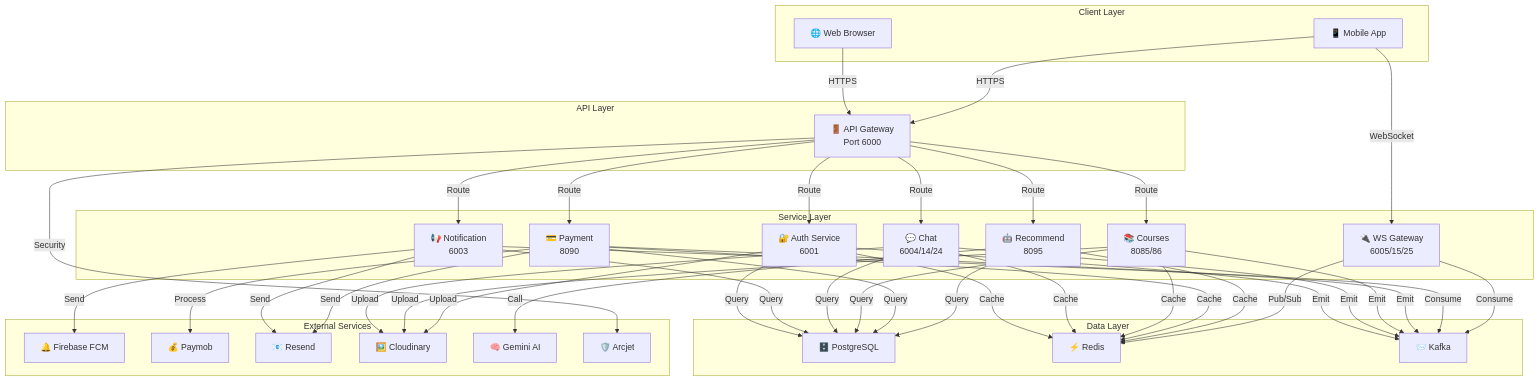
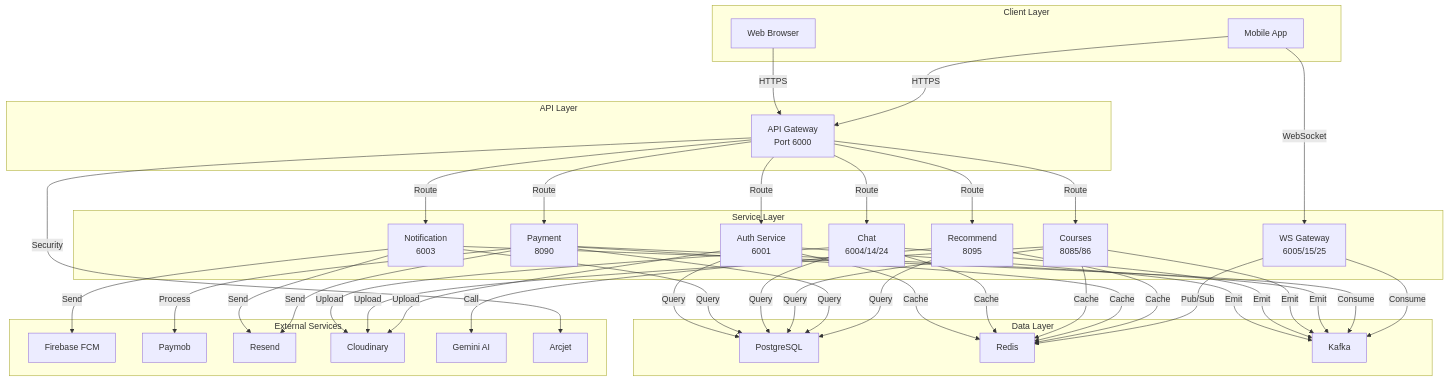
Before and after one commit to OmarrGhorab/Graduation: the tenth of 10 diagrams in MERMAID_DIAGRAMS.md, drawn with Mermaid. The commit also changed other lines of this file and 8 other files, not shown here.

Commit message:
feat: implement payment service cart and subscription systems with background billing and full Docker deployment documentation

````diff
--- a/MERMAID_DIAGRAMS.md
+++ b/MERMAID_DIAGRAMS.md
@@ -395,37 +429,37 @@
 ```mermaid
 graph TB
     subgraph "Client Layer"
-        Web["🌐 Web Browser"]
-        Mobile["📱 Mobile App"]
+        Web["Web Browser"]
+        Mobile["Mobile App"]
     end
     
     subgraph "API Layer"
-        Gateway["🚪 API Gateway<br/>Port 6000"]
+        Gateway["API Gateway<br/>Port 6000"]
     end
     
     subgraph "Service Layer"
-        Auth["🔐 Auth Service<br/>6001"]
-        Notif["📢 Notification<br/>6003"]
-        Chat["💬 Chat<br/>6004/14/24"]
-        WS["🔌 WS Gateway<br/>6005/15/25"]
-        Courses["📚 Courses<br/>8085/86"]
-        Payment["💳 Payment<br/>8090"]
-        Recommend["🤖 Recommend<br/>8095"]
+        Auth["Auth Service<br/>6001"]
+        Notif["Notification<br/>6003"]
+        Chat["Chat<br/>6004/14/24"]
+        WS["WS Gateway<br/>6005/15/25"]
+        Courses["Courses<br/>8085/86"]
+        Payment["Payment<br/>8090"]
+        Recommend["Recommend<br/>8095"]
     end
     
     subgraph "Data Layer"
-        DB["🗄️ PostgreSQL"]
-        Redis["⚡ Redis"]
-        Kafka["📨 Kafka"]
+        DB["PostgreSQL"]
+        Redis["Redis"]
+        Kafka["Kafka"]
     end
     
     subgraph "External Services"
-        FCM["🔔 Firebase FCM"]
-        Paymob["💰 Paymob"]
-        Resend["📧 Resend"]
-        Cloudinary["🖼️ Cloudinary"]
-        Gemini["🧠 Gemini AI"]
-        Arcjet["🛡️ Arcjet"]
+        FCM["Firebase FCM"]
+        Paymob["Paymob"]
+        Resend["Resend"]
+        Cloudinary["Cloudinary"]
+        Gemini["Gemini AI"]
+        Arcjet["Arcjet"]
     end
     
     Web -->|HTTPS| Gateway
````
